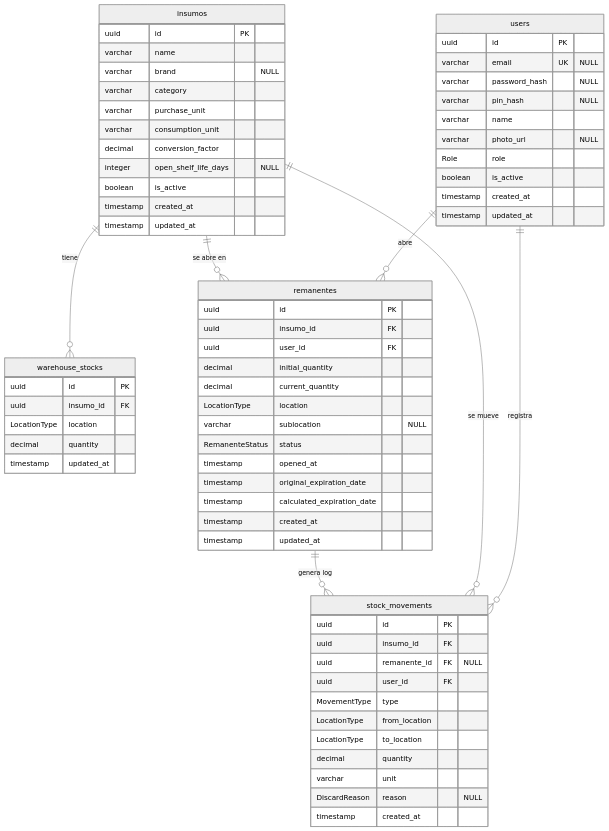
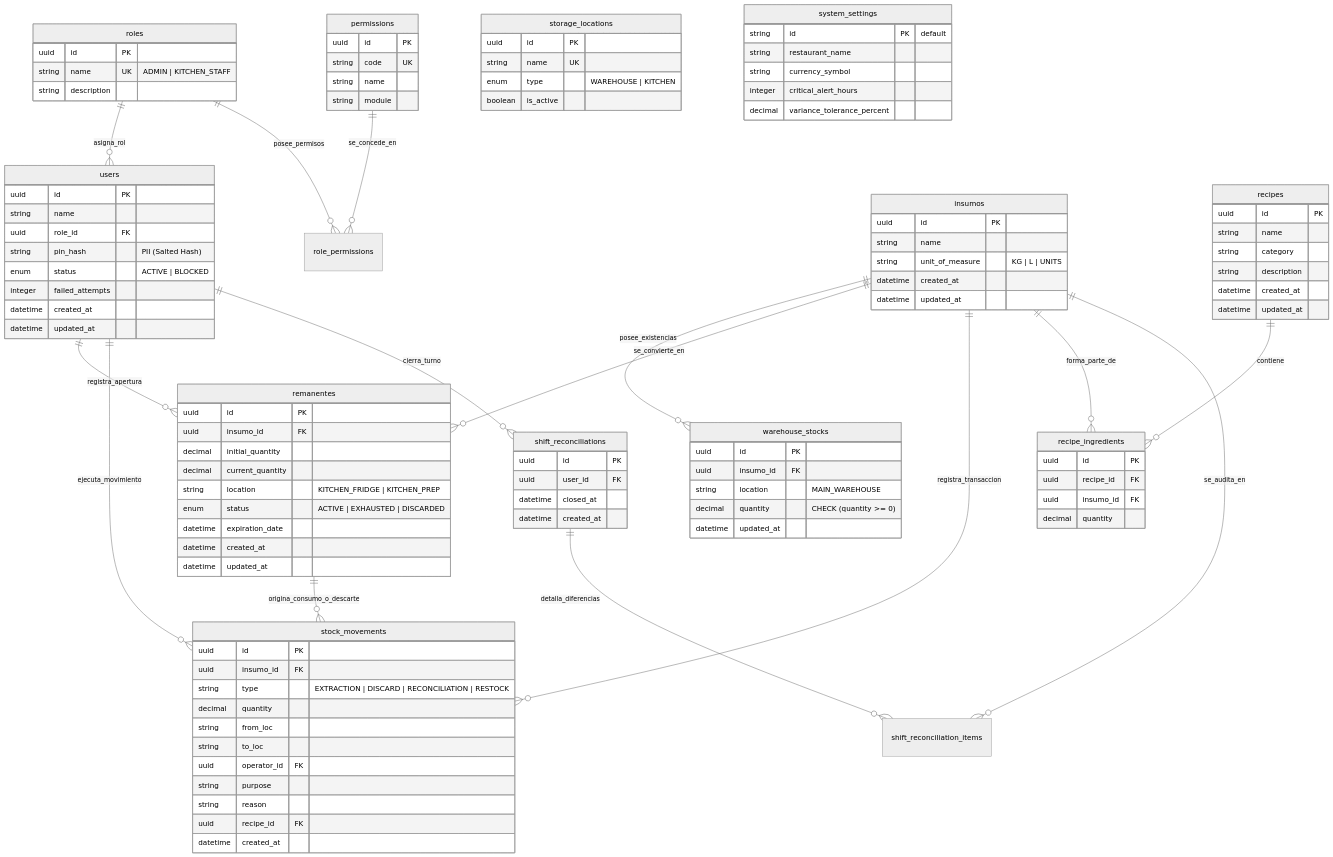
Before and after one commit to LIDR-academy/AI4Devs-finalproject: the second of 2 diagrams in readme.md, drawn with Mermaid (neutral theme). The commit also changed other lines of this file, not shown here.

Commit message:
docs: sincronización completa del README con 186 tests green, ERD de 14 tablas e instrucciones pnpm dev [skip-tk]

````diff
--- a/readme.md
+++ b/readme.md
@@ -205,70 +206,124 @@
 ```mermaid
 erDiagram
+    roles ||--o{ users : "asigna_rol"
+    roles ||--o{ role_permissions : "posee_permisos"
+    permissions ||--o{ role_permissions : "se_concede_en"
+
+    users ||--o{ remanentes : "registra_apertura"
+    users ||--o{ stock_movements : "ejecuta_movimiento"
+    users ||--o{ shift_reconciliations : "cierra_turno"
+
+    insumos ||--o{ warehouse_stocks : "posee_existencias"
+    insumos ||--o{ remanentes : "se_convierte_en"
+    insumos ||--o{ stock_movements : "registra_transaccion"
+    insumos ||--o{ recipe_ingredients : "forma_parte_de"
+    insumos ||--o{ shift_reconciliation_items : "se_audita_en"
+
+    remanentes ||--o{ stock_movements : "origina_consumo_o_descarte"
+    recipes ||--o{ recipe_ingredients : "contiene"
+    shift_reconciliations ||--o{ shift_reconciliation_items : "detalla_diferencias"
+
     users {
         uuid id PK
-        varchar email UK "NULL"
-        varchar password_hash "NULL"
-        varchar pin_hash "NULL"
-        varchar name
-        varchar photo_url "NULL"
-        Role role
-        boolean is_active
-        timestamp created_at
-        timestamp updated_at
+        string name
+        uuid role_id FK
+        string pin_hash "PII (Salted Hash)"
+        enum status "ACTIVE | BLOCKED"
+        integer failed_attempts
+        datetime created_at
+        datetime updated_at
     }
+
+    roles {
+        uuid id PK
+        string name UK "ADMIN | KITCHEN_STAFF"
+        string description
+    }
+
+    permissions {
+        uuid id PK
+        string code UK
+        string name
+        string module
+    }
+
     insumos {
         uuid id PK
-        varchar name
-        varchar brand "NULL"
-        varchar category
-        varchar purchase_unit
-        varchar consumption_unit
-        decimal conversion_factor
-        integer open_shelf_life_days "NULL"
-        boolean is_active
-        timestamp created_at
-        timestamp updated_at
+        string name
+        string unit_of_measure "KG | L | UNITS"
+        datetime created_at
+        datetime updated_at
     }
+
     warehouse_stocks {
         uuid id PK
         uuid insumo_id FK
-        LocationType location
-        decimal quantity
-        timestamp updated_at
+        string location "MAIN_WAREHOUSE"
+        decimal quantity "CHECK (quantity >= 0)"
+        datetime updated_at
     }
+
     remanentes {
         uuid id PK
         uuid insumo_id FK
-        uuid user_id FK
         decimal initial_quantity
         decimal current_quantity
-        LocationType location
-        varchar sublocation "NULL"
-        RemanenteStatus status
-        timestamp opened_at
-        timestamp original_expiration_date
-        timestamp calculated_expiration_date
-        timestamp created_at
-        timestamp updated_at
+        string location "KITCHEN_FRIDGE | KITCHEN_PREP"
+        enum status "ACTIVE | EXHAUSTED | DISCARDED"
+        datetime expiration_date
+        datetime created_at
+        datetime updated_at
     }
+
     stock_movements {
         uuid id PK
         uuid insumo_id FK
-        uuid remanente_id FK "NULL"
-        uuid user_id FK
-        MovementType type
-        LocationType from_location
-        LocationType to_location
+        string type "EXTRACTION | DISCARD | RECONCILIATION | RESTOCK"
         decimal quantity
-        varchar unit
-        DiscardReason reason "NULL"
-        timestamp created_at
+        string from_loc
+        string to_loc
+        uuid operator_id FK
+        string purpose
+        string reason
+        uuid recipe_id FK
+        datetime created_at
     }
 
-    users ||--o{ remanentes : "abre"
-    users ||--o{ stock_movements : "registra"
-    insumos ||--o{ warehouse_stocks : "tiene"
-    insumos ||--o{ remanentes : "se abre en"
-    insumos ||--o{ stock_movements : "se mueve"
-    remanentes ||--o{ stock_movements : "genera log"
+    recipes {
+        uuid id PK
+        string name
+        string category
+        string description
+        datetime created_at
+        datetime updated_at
+    }
+
+    recipe_ingredients {
+        uuid id PK
+        uuid recipe_id FK
+        uuid insumo_id FK
+        decimal quantity
+    }
+
+    shift_reconciliations {
+        uuid id PK
+        uuid user_id FK
+        datetime closed_at
+        datetime created_at
+    }
+
+    storage_locations {
+        uuid id PK
+        string name UK
+        enum type "WAREHOUSE | KITCHEN"
+        boolean is_active
+    }
+
+    system_settings {
+        string id PK "default"
+        string restaurant_name
+        string currency_symbol
+        integer critical_alert_hours
+        decimal variance_tolerance_percent
+    }
 ```
````
